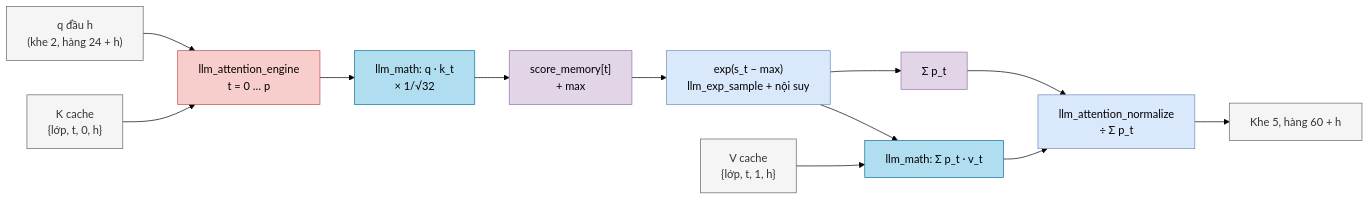
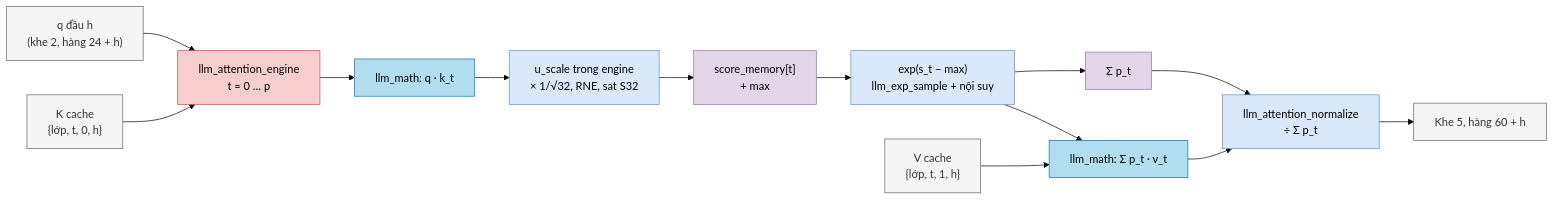
The sixth of 7 diagrams in Verilog Source code/doc/02_hoat_dong_chi_tiet_llm_soc.md (nguyennhutkhanhtom/NPU), drawn with Mermaid (forest theme) before and after one commit. The commit also changed other lines of this file and 16 other files, not shown here.

````diff
--- a/Verilog Source code/doc/02_hoat_dong_chi_tiet_llm_soc.md
+++ b/Verilog Source code/doc/02_hoat_dong_chi_tiet_llm_soc.md
@@ -207,19 +207,20 @@
 ```mermaid
 flowchart LR
     classDef ctrl fill:#f8cecc,stroke:#b85450,color:#000
     classDef param fill:#f5f5f5,stroke:#666666,color:#333
     classDef mac fill:#b1ddf0,stroke:#10739e,color:#000
     classDef act fill:#dae8fc,stroke:#6c8ebf,color:#000
     classDef reg fill:#e1d5e7,stroke:#9673a6,color:#000
     Q["q đầu h<br/>(khe 2, hàng 24 + h)"]:::param --> E1["llm_attention_engine<br/>t = 0 … p"]:::ctrl
     KV["K cache<br/>{lớp, t, 0, h}"]:::param --> E1
-    E1 --> M1["llm_math: q · k_t<br/>× 1/√32"]:::mac
-    M1 --> SM["score_memory[t]<br/>+ max"]:::reg
+    E1 --> M1["llm_math: q · k_t"]:::mac
+    M1 --> SCL["u_scale trong engine<br/>× 1/√32, RNE, sat S32"]:::act
+    SCL --> SM["score_memory[t]<br/>+ max"]:::reg
     SM --> EX["exp(s_t − max)<br/>llm_exp_sample + nội suy"]:::act
     EX --> PS["Σ p_t"]:::reg
     EX --> PV["llm_math: Σ p_t · v_t"]:::mac
     VV["V cache<br/>{lớp, t, 1, h}"]:::param --> PV
     PV --> NM["llm_attention_normalize<br/>÷ Σ p_t"]:::act
     PS --> NM
     NM --> O["Khe 5, hàng 60 + h"]:::param
 ```
````
